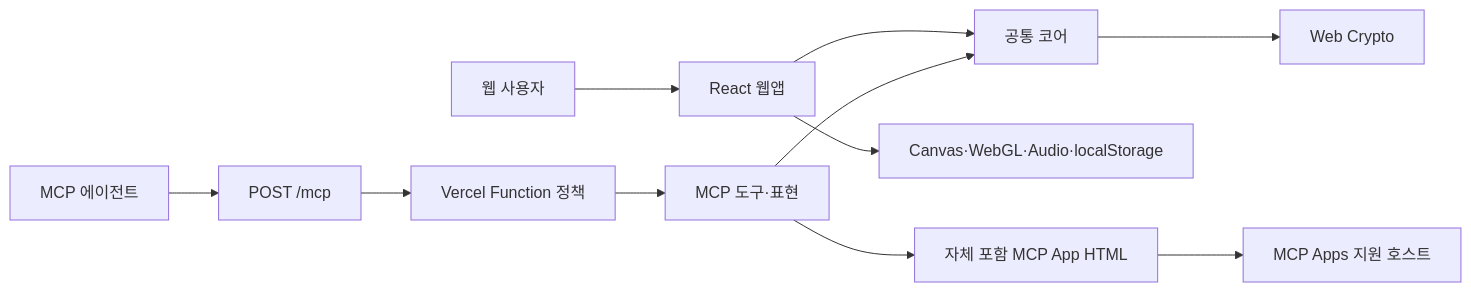
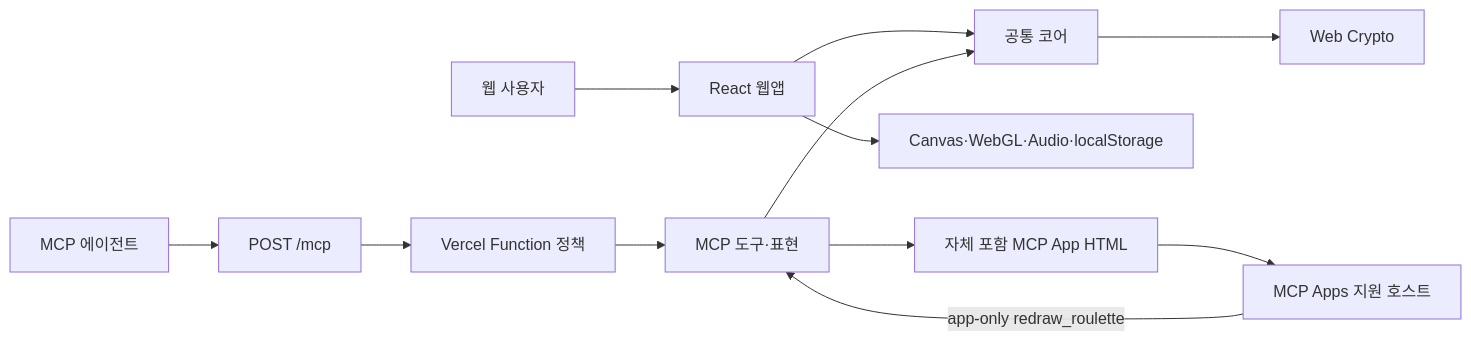
One commit to tinywolf/roulette changed the first of 2 diagrams in docs/architecture.md. Above: the diagram before and after it, drawn with Mermaid. The commit also changed other lines of this file and 25 other files, not shown here.

Commit message:
MCP App 재추첨과 결과 전달 호환성 개선

````diff
--- a/docs/architecture.md
+++ b/docs/architecture.md
@@ -22,15 +22,16 @@
 ```mermaid
 flowchart LR
     User["웹 사용자"] --> Web["React 웹앱"]
     Web --> Core["공통 코어"]
     Web --> Browser["Canvas·WebGL·Audio·localStorage"]
 
     Agent["MCP 에이전트"] --> Route["POST /mcp"]
     Route --> Api["Vercel Function 정책"]
     Api --> Mcp["MCP 도구·표현"]
     Mcp --> Core
     Mcp --> Resource["자체 포함 MCP App HTML"]
     Resource --> Host["MCP Apps 지원 호스트"]
+    Host -->|"app-only redraw_roulette"| Mcp
 
     Core --> Crypto["Web Crypto"]
 ```
````
